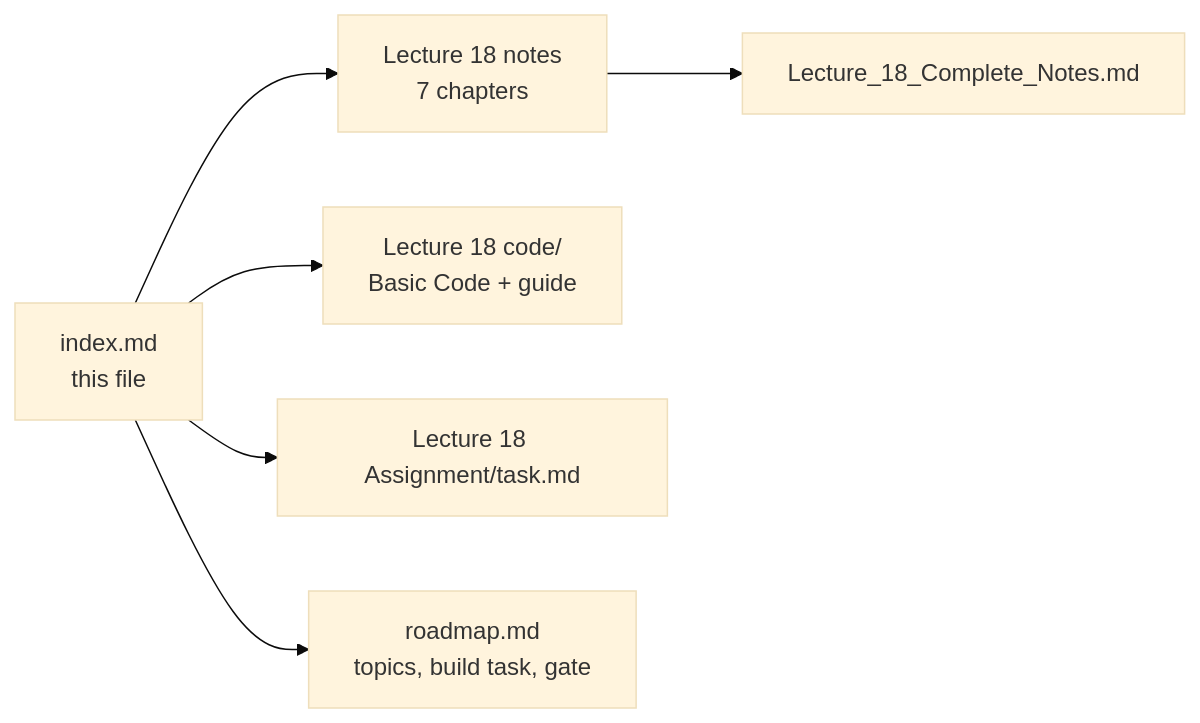
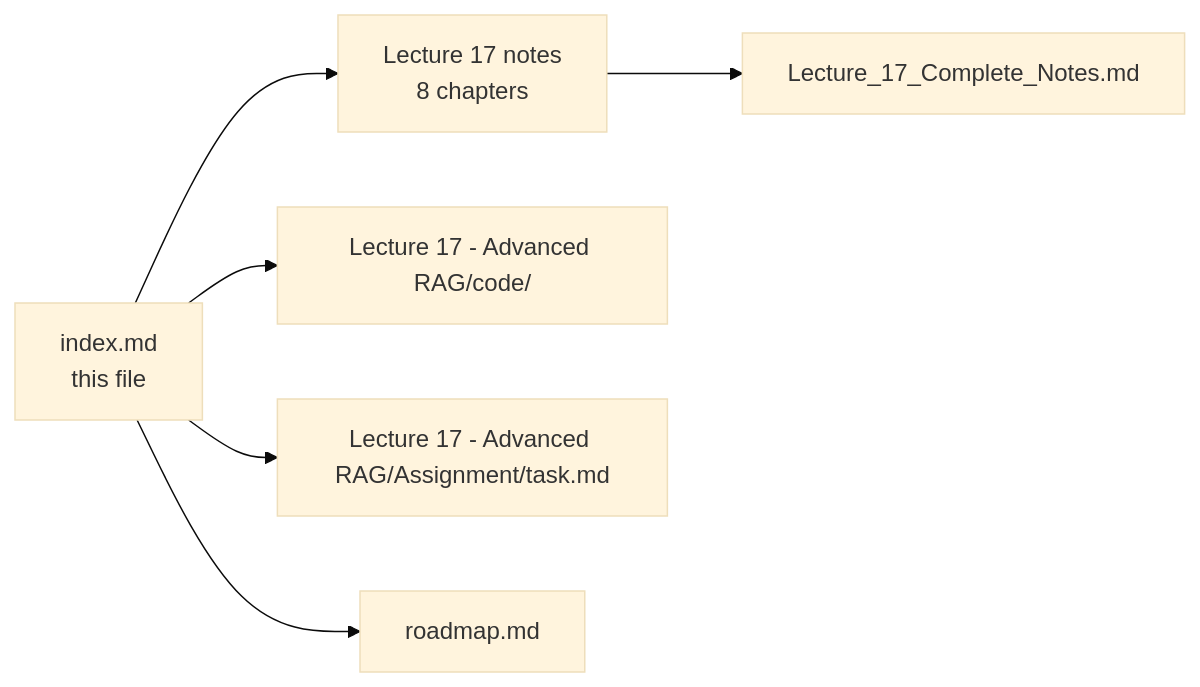
Before and after one commit to Amie-dev/FDE-and-GenAI-Mastery: diagram 17 of 24 in index.md, drawn with Mermaid (base theme). The commit also changed other lines of this file, not shown here.

Commit message:
Implement code changes to enhance functionality and improve performance

````diff
--- a/index.md
+++ b/index.md
@@ -668,8 +713,8 @@
 ```mermaid
 flowchart LR
-    IDX["index.md<br/>this file"] --> L18["Lecture 18 notes<br/>7 chapters"]
-    L18 --> CN["Lecture_18_Complete_Notes.md"]
-    IDX --> CODE["Lecture 18 code/<br/>Basic Code + guide"]
-    IDX --> ASG["Lecture 18 Assignment/task.md"]
-    IDX --> RM["roadmap.md<br/>topics, build task, gate"]
+    IDX["index.md<br/>this file"] --> L17["Lecture 17 notes<br/>8 chapters"]
+    L17 --> CN["Lecture_17_Complete_Notes.md"]
+    IDX --> CODE["Lecture 17 - Advanced RAG/code/"]
+    IDX --> ASG["Lecture 17 - Advanced RAG/Assignment/task.md"]
+    IDX --> RM["roadmap.md"]
 ```
````
